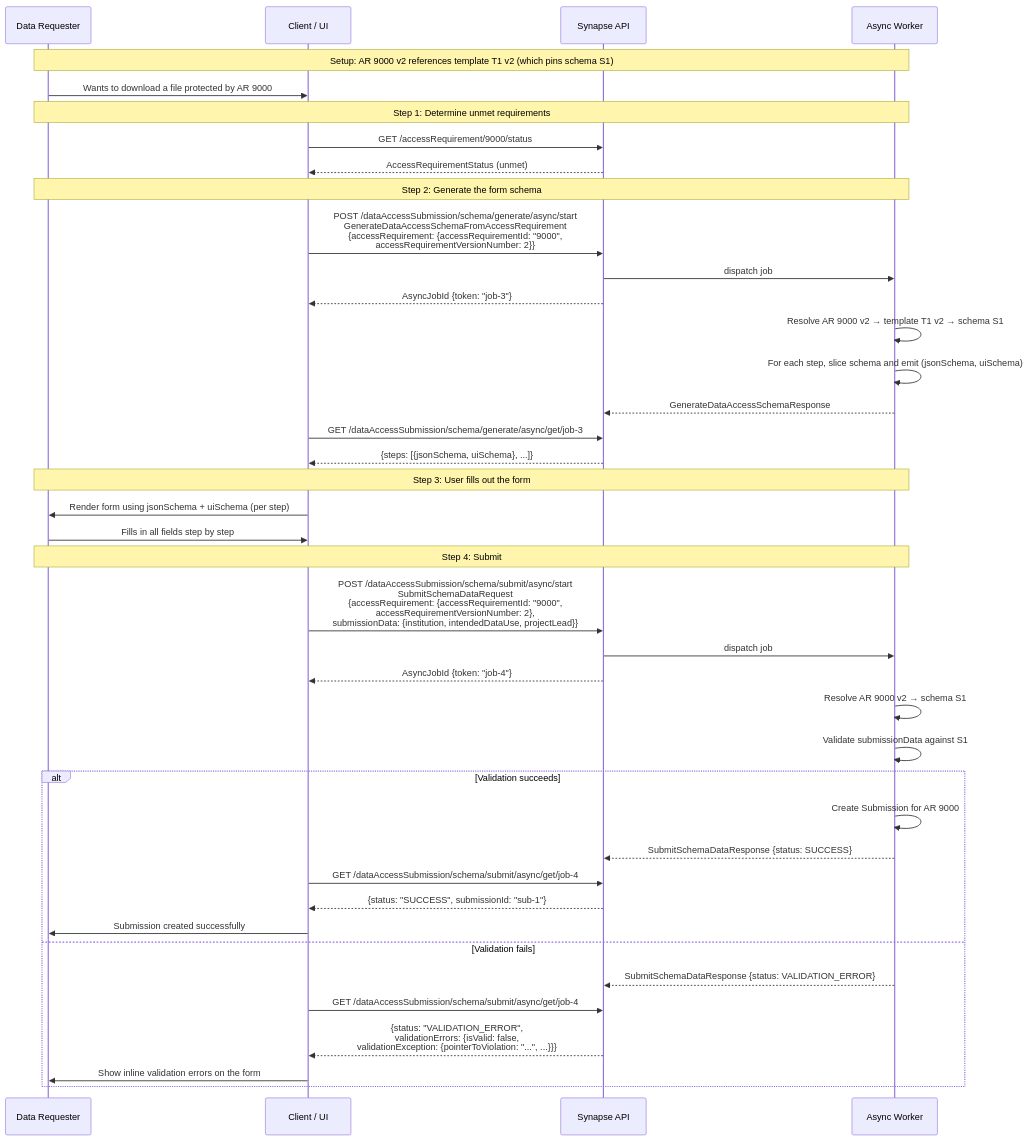
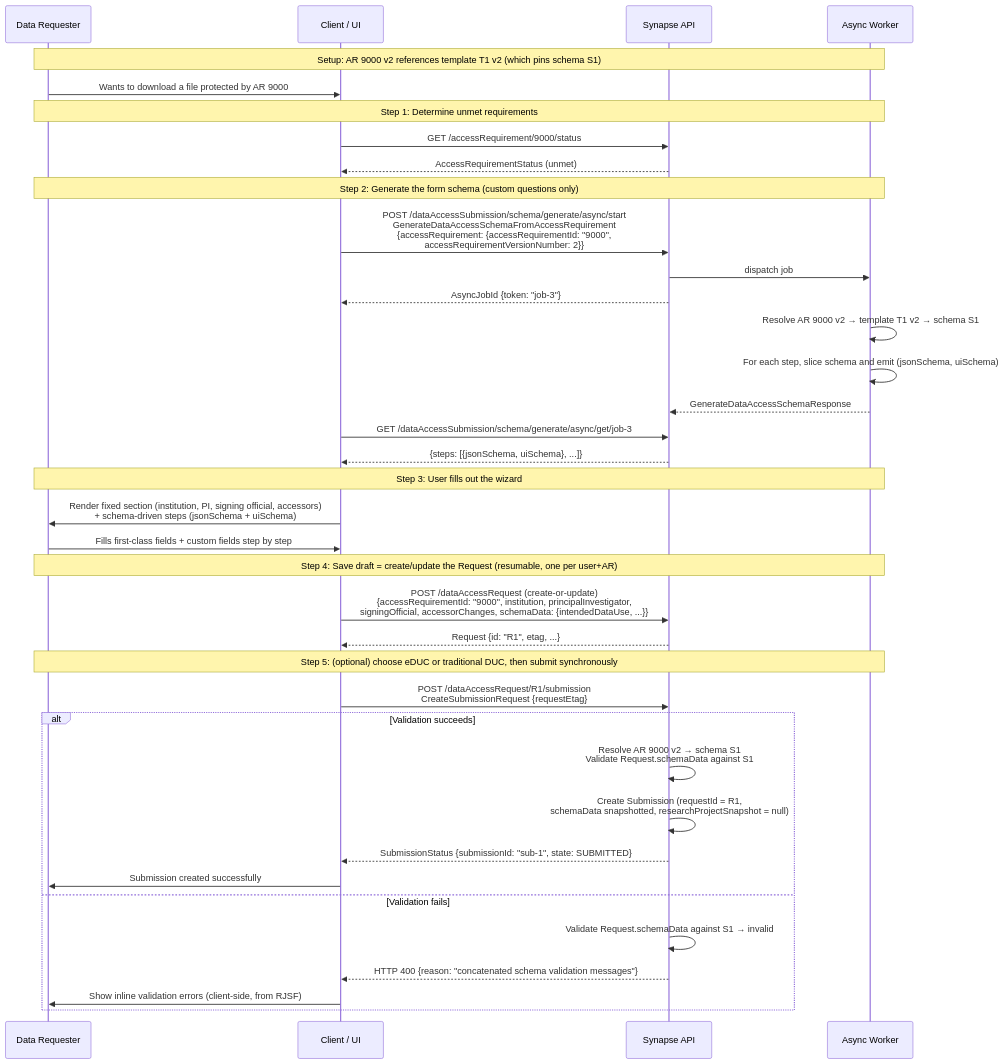
The third of 3 diagrams in designs/FormTemplate.md (Sage-Bionetworks/synapse-web-monorepo), drawn with Mermaid before and after one commit. The commit also changed other lines of this file and 23 other files, not shown here.

````diff
--- a/designs/FormTemplate.md
+++ b/designs/FormTemplate.md
@@ -723,58 +702,54 @@
 ```mermaid
 sequenceDiagram
     participant User as Data Requester
     participant UI as Client / UI
     participant API as Synapse API
     participant Worker as Async Worker
 
     note over User, Worker: Setup: AR 9000 v2 references template T1 v2 (which pins schema S1)
 
     User->>UI: Wants to download a file protected by AR 9000
 
     note over User, Worker: Step 1: Determine unmet requirements
 
     UI->>API: GET /accessRequirement/9000/status
     API-->>UI: AccessRequirementStatus (unmet)
 
-    note over User, Worker: Step 2: Generate the form schema
+    note over User, Worker: Step 2: Generate the form schema (custom questions only)
 
     UI->>API: POST /dataAccessSubmission/schema/generate/async/start<br/>GenerateDataAccessSchemaFromAccessRequirement<br/>{accessRequirement: {accessRequirementId: "9000",<br/>accessRequirementVersionNumber: 2}}
     API->>Worker: dispatch job
     API-->>UI: AsyncJobId {token: "job-3"}
 
     Worker->>Worker: Resolve AR 9000 v2 → template T1 v2 → schema S1
     Worker->>Worker: For each step, slice schema and emit (jsonSchema, uiSchema)
     Worker-->>API: GenerateDataAccessSchemaResponse
 
     UI->>API: GET /dataAccessSubmission/schema/generate/async/get/job-3
     API-->>UI: {steps: [{jsonSchema, uiSchema}, ...]}
 
-    note over User, Worker: Step 3: User fills out the form
+    note over User, Worker: Step 3: User fills out the wizard
 
-    UI->>User: Render form using jsonSchema + uiSchema (per step)
-    User->>UI: Fills in all fields step by step
+    UI->>User: Render fixed section (institution, PI, signing official, accessors)<br/>+ schema-driven steps (jsonSchema + uiSchema)
+    User->>UI: Fills first-class fields + custom fields step by step
 
-    note over User, Worker: Step 4: Submit
+    note over User, Worker: Step 4: Save draft = create/update the Request (resumable, one per user+AR)
 
-    UI->>API: POST /dataAccessSubmission/schema/submit/async/start<br/>SubmitSchemaDataRequest<br/>{accessRequirement: {accessRequirementId: "9000",<br/>accessRequirementVersionNumber: 2},<br/>submissionData: {institution, intendedDataUse, projectLead}}
-    API->>Worker: dispatch job
-    API-->>UI: AsyncJobId {token: "job-4"}
+    UI->>API: POST /dataAccessRequest (create-or-update)<br/>{accessRequirementId: "9000", institution, principalInvestigator,<br/>signingOfficial, accessorChanges, schemaData: {intendedDataUse, ...}}
+    API-->>UI: Request {id: "R1", etag, ...}
 
-    Worker->>Worker: Resolve AR 9000 v2 → schema S1
-    Worker->>Worker: Validate submissionData against S1
+    note over User, Worker: Step 5: (optional) choose eDUC or traditional DUC, then submit synchronously
+
+    UI->>API: POST /dataAccessRequest/R1/submission<br/>CreateSubmissionRequest {requestEtag}
 
     alt Validation succeeds
-        Worker->>Worker: Create Submission for AR 9000
-        Worker-->>API: SubmitSchemaDataResponse {status: SUCCESS}
-
-        UI->>API: GET /dataAccessSubmission/schema/submit/async/get/job-4
-        API-->>UI: {status: "SUCCESS", submissionId: "sub-1"}
+        API->>API: Resolve AR 9000 v2 → schema S1<br/>Validate Request.schemaData against S1
+        API->>API: Create Submission (requestId = R1,<br/>schemaData snapshotted, researchProjectSnapshot = null)
+        API-->>UI: SubmissionStatus {submissionId: "sub-1", state: SUBMITTED}
         UI->>User: Submission created successfully
     else Validation fails
-        Worker-->>API: SubmitSchemaDataResponse {status: VALIDATION_ERROR}
-
-        UI->>API: GET /dataAccessSubmission/schema/submit/async/get/job-4
-        API-->>UI: {status: "VALIDATION_ERROR",<br/>validationErrors: {isValid: false,<br/>validationException: {pointerToViolation: "...", ...}}}
-        UI->>User: Show inline validation errors on the form
+        API->>API: Validate Request.schemaData against S1 → invalid
+        API-->>UI: HTTP 400 {reason: "concatenated schema validation messages"}
+        UI->>User: Show inline validation errors (client-side, from RJSF)
     end
 ```
````
